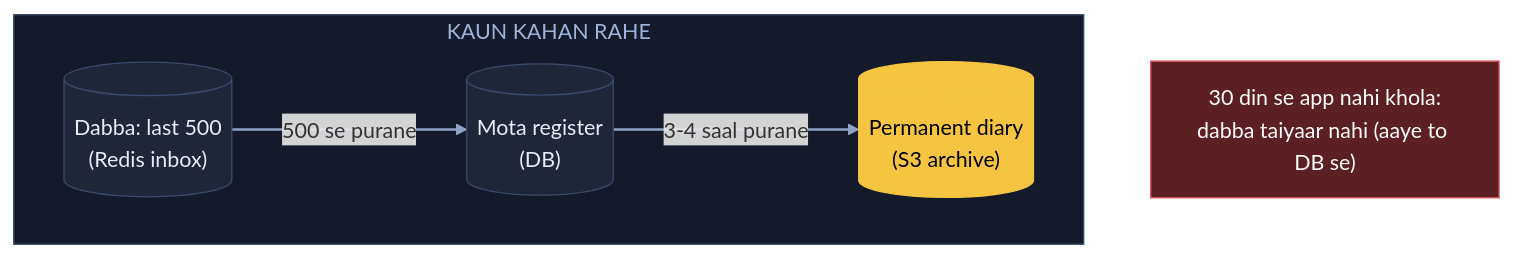
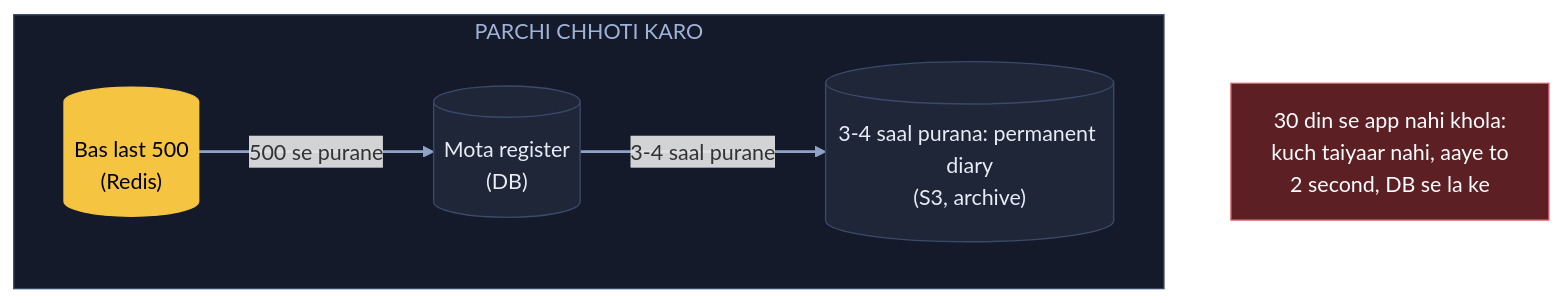
Before and after one commit to ArpanMaheshwari144/Prep: the sixth of 15 diagrams in 04_HLD/SYSTEM_DESIGNS/03_twitter_feed/03_twitter_feed.md, drawn with Mermaid. The commit also changed other lines of this file, not shown here.

Commit message:
Twitter: 15 diagram hand notes ke shabdon se, K1 heading + K9 line notes jaisi

````diff
--- a/04_HLD/SYSTEM_DESIGNS/03_twitter_feed/03_twitter_feed.md
+++ b/04_HLD/SYSTEM_DESIGNS/03_twitter_feed/03_twitter_feed.md
@@ -209,17 +199,17 @@
 ```mermaid
 flowchart TB
-    subgraph TR["KAUN KAHAN RAHE"]
-        IN[("Dabba: last 500<br/>(Redis inbox)")]:::card
+    subgraph PC["PARCHI CHHOTI KARO"]
+        IN[("Bas last 500<br/>(Redis)")]:::pill
         DB[("Mota register<br/>(DB)")]:::card
-        S3[("Permanent diary<br/>(S3 archive)")]:::pill
+        S3[("3-4 saal purana: permanent diary<br/>(S3, archive)")]:::card
     end
-    X["30 din se app nahi khola:<br/>dabba taiyaar nahi (aaye to DB se)"]:::bad
+    X["30 din se app nahi khola:<br/>kuch taiyaar nahi, aaye to<br/>2 second, DB se la ke"]:::bad
     IN -- "500 se purane" --> DB
     DB -- "3-4 saal purane" --> S3
     linkStyle default stroke:#8fa3c7,stroke-width:2px
     classDef card fill:#1e2638,stroke:#3a4a6b,color:#e8ecf5
     classDef pill fill:#f5c542,stroke:#f5c542,color:#000
     classDef good fill:#2e7d4f,stroke:#3fbf6f,color:#fff
     classDef bad fill:#5c1f24,stroke:#e05561,color:#fff
-    style TR fill:#141a29,stroke:#3a4a6b,color:#9fb3d9
+    style PC fill:#141a29,stroke:#3a4a6b,color:#9fb3d9
 ```
````
